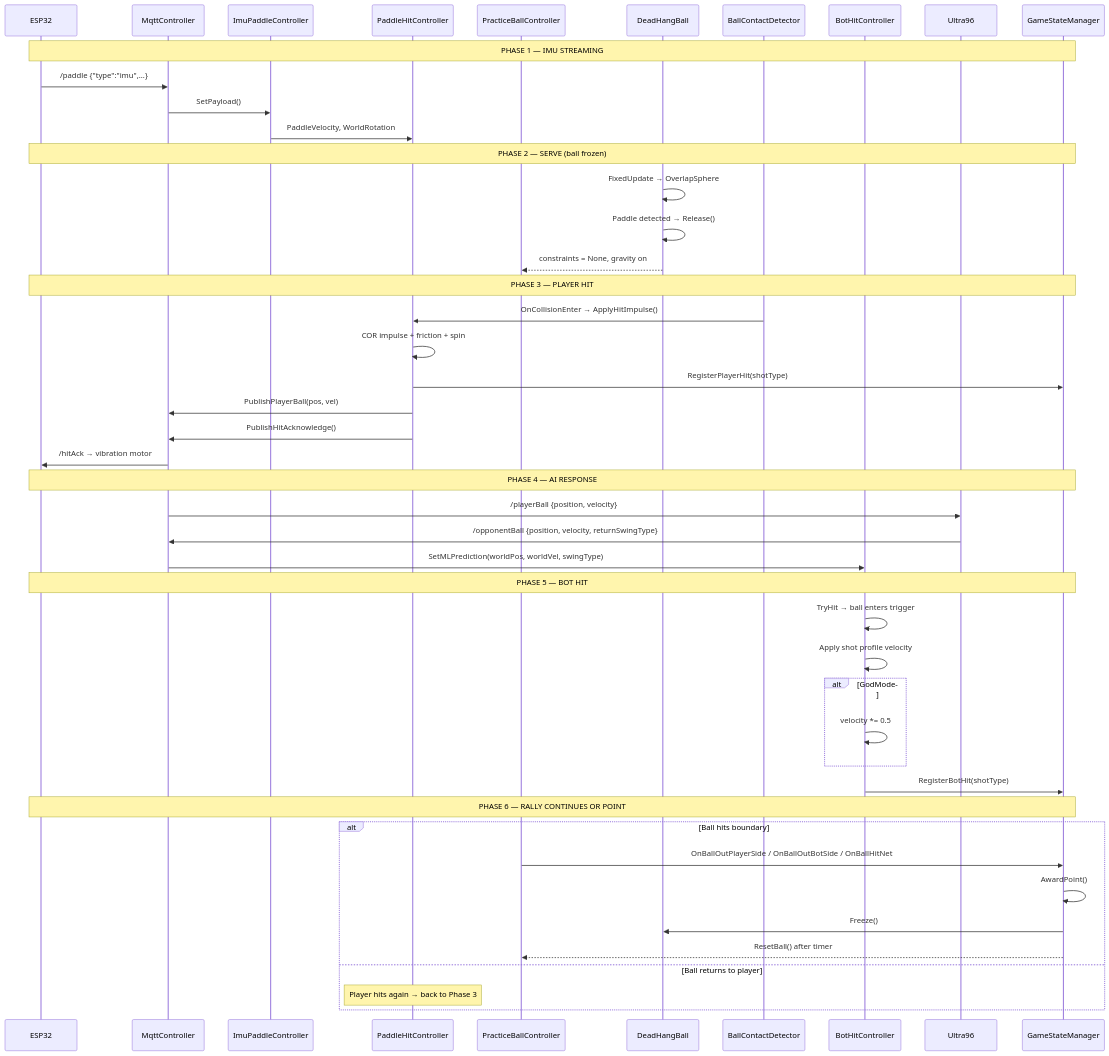
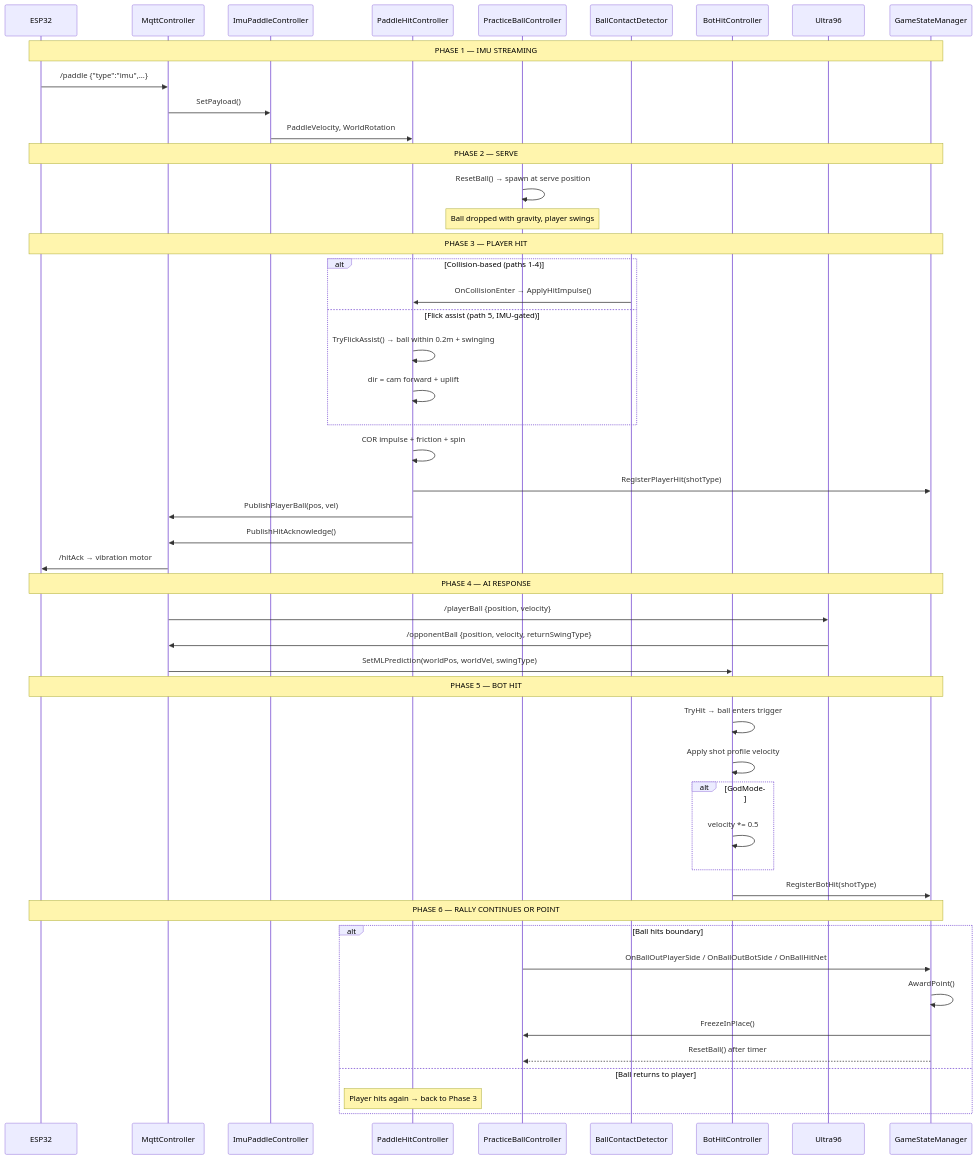
Before and after one commit to CG4002-AY2526S2-B03/Capstone_AR_Pickleball_Gameplay: the fifth of 11 diagrams in Docs/UML_Diagrams.md, drawn with Mermaid. The commit also changed other lines of this file and 3 other files, not shown here.

Commit message:
Add GetBallRigidbody; document Flick Assist

````diff
--- a/Docs/UML_Diagrams.md
+++ b/Docs/UML_Diagrams.md
@@ -301,54 +292,57 @@
 ```mermaid
 sequenceDiagram
     participant ESP as ESP32
     participant MQTT as MqttController
     participant IMU as ImuPaddleController
     participant PAD as PaddleHitController
     participant BALL as PracticeBallController
-    participant DH as DeadHangBall
     participant BCD as BallContactDetector
     participant BOT as BotHitController
     participant AI as Ultra96
     participant GS as GameStateManager
 
     Note over ESP,GS: PHASE 1 — IMU STREAMING
     ESP->>MQTT: /paddle {"type":"imu",...}
     MQTT->>IMU: SetPayload()
     IMU->>PAD: PaddleVelocity, WorldRotation
 
-    Note over ESP,GS: PHASE 2 — SERVE (ball frozen)
-    DH->>DH: FixedUpdate → OverlapSphere
-    DH->>DH: Paddle detected → Release()
-    DH-->>BALL: constraints = None, gravity on
+    Note over ESP,GS: PHASE 2 — SERVE
+    BALL->>BALL: ResetBall() → spawn at serve position
+    Note over BALL: Ball dropped with gravity, player swings
 
     Note over ESP,GS: PHASE 3 — PLAYER HIT
-    BCD->>PAD: OnCollisionEnter → ApplyHitImpulse()
+    alt Collision-based (paths 1-4)
+        BCD->>PAD: OnCollisionEnter → ApplyHitImpulse()
+    else Flick assist (path 5, IMU-gated)
+        PAD->>PAD: TryFlickAssist() → ball within 0.2m + swinging
+        PAD->>PAD: dir = cam forward + uplift
+    end
     PAD->>PAD: COR impulse + friction + spin
     PAD->>GS: RegisterPlayerHit(shotType)
     PAD->>MQTT: PublishPlayerBall(pos, vel)
     PAD->>MQTT: PublishHitAcknowledge()
     MQTT->>ESP: /hitAck → vibration motor
 
     Note over ESP,GS: PHASE 4 — AI RESPONSE
     MQTT->>AI: /playerBall {position, velocity}
     AI->>MQTT: /opponentBall {position, velocity, returnSwingType}
     MQTT->>BOT: SetMLPrediction(worldPos, worldVel, swingType)
 
     Note over ESP,GS: PHASE 5 — BOT HIT
     BOT->>BOT: TryHit → ball enters trigger
     BOT->>BOT: Apply shot profile velocity
     alt GodMode
         BOT->>BOT: velocity *= 0.5
     end
     BOT->>GS: RegisterBotHit(shotType)
 
     Note over ESP,GS: PHASE 6 — RALLY CONTINUES OR POINT
     alt Ball hits boundary
         BALL->>GS: OnBallOutPlayerSide / OnBallOutBotSide / OnBallHitNet
         GS->>GS: AwardPoint()
-        GS->>DH: Freeze()
+        GS->>BALL: FreezeInPlace()
         GS-->>BALL: ResetBall() after timer
     else Ball returns to player
         Note over PAD: Player hits again → back to Phase 3
     end
 ```
````
